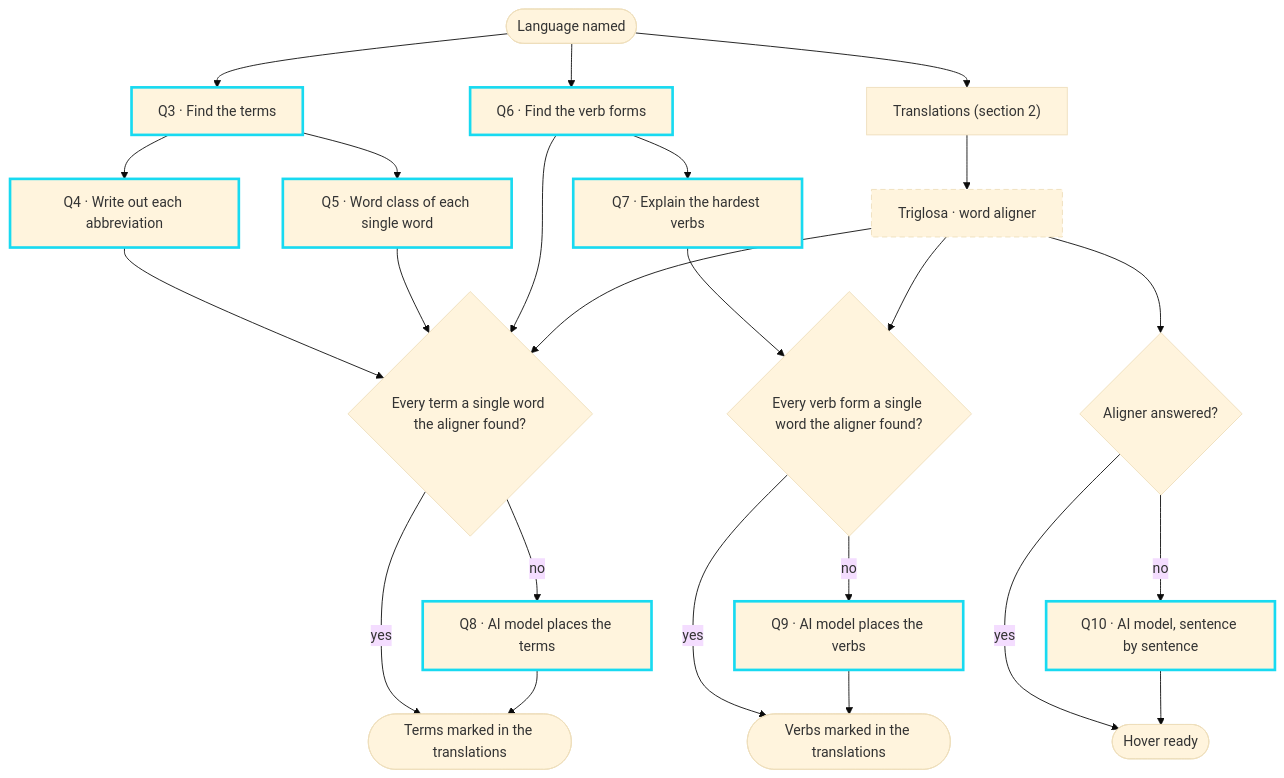
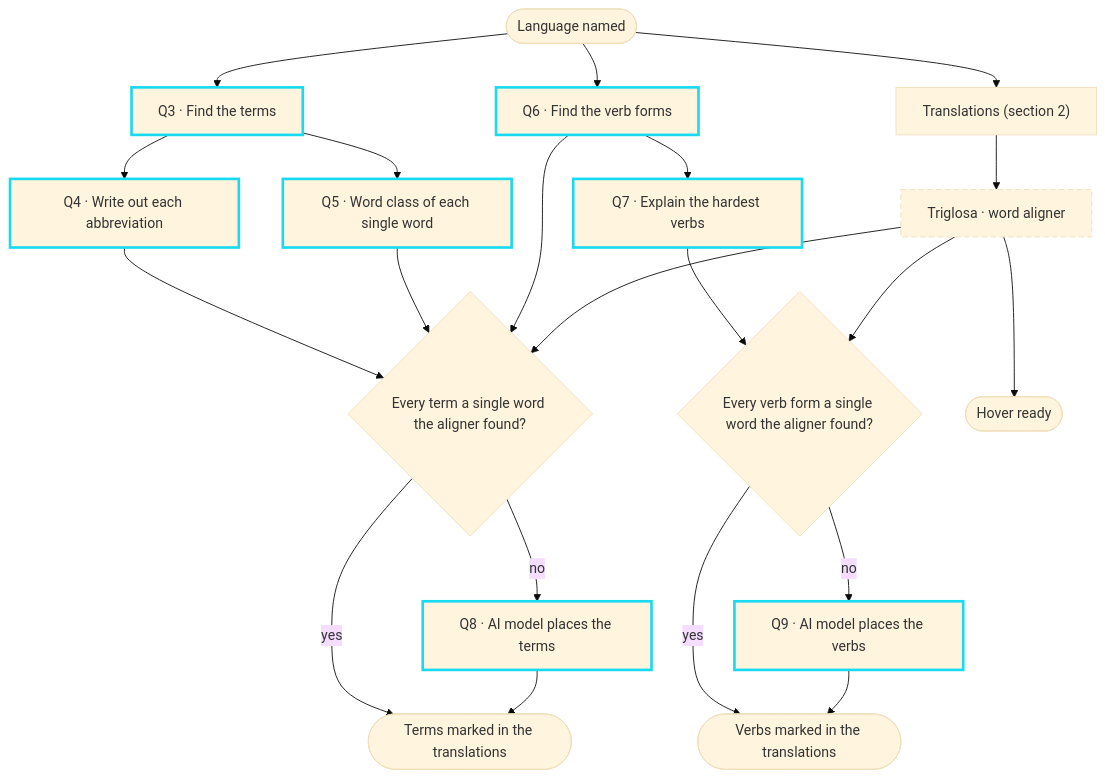
The fourth of 8 diagrams in docs/behind-a-translation.md (mdd335/triglosa), drawn with Mermaid (base theme) before and after one commit. The commit also changed other lines of this file and 113 other files, not shown here.

````diff
--- a/docs/behind-a-translation.md
+++ b/docs/behind-a-translation.md
@@ -109,36 +109,33 @@
 ```mermaid
 flowchart TD
   START(["Language named"]) --> Q3["Q3 · Find the terms"]
   START --> Q6["Q6 · Find the verb forms"]
   START --> TR["Translations (section 2)"]
 
   Q3 --> Q4["Q4 · Write out each abbreviation"]
   Q3 --> Q5["Q5 · Word class of each single word"]
   Q6 --> Q7["Q7 · Explain the hardest verbs"]
 
   TR --> AL["Triglosa · word aligner"]
 
   Q4 --> PT
   Q5 --> PT
   Q6 --> PT
   AL --> PT{"Every term a single word the aligner found?"}
   PT -->|yes| MT(["Terms marked in the translations"])
   PT -->|no| Q8["Q8 · AI model places the terms"]
   Q8 --> MT
 
   Q7 --> PV
   AL --> PV{"Every verb form a single word the aligner found?"}
   PV -->|yes| MV(["Verbs marked in the translations"])
   PV -->|no| Q9["Q9 · AI model places the verbs"]
   Q9 --> MV
 
-  AL --> HV{"Aligner answered?"}
-  HV -->|yes| HOV(["Hover ready"])
-  HV -->|no| Q10["Q10 · AI model, sentence by sentence"]
-  Q10 --> HOV
+  AL --> HOV(["Hover ready"])
 
   classDef model stroke:#18daf1,stroke-width:3px
   classDef own stroke-dasharray:6 4
-  class Q3,Q4,Q5,Q6,Q7,Q8,Q9,Q10 model
+  class Q3,Q4,Q5,Q6,Q7,Q8,Q9 model
   class AL own
 ```
````
